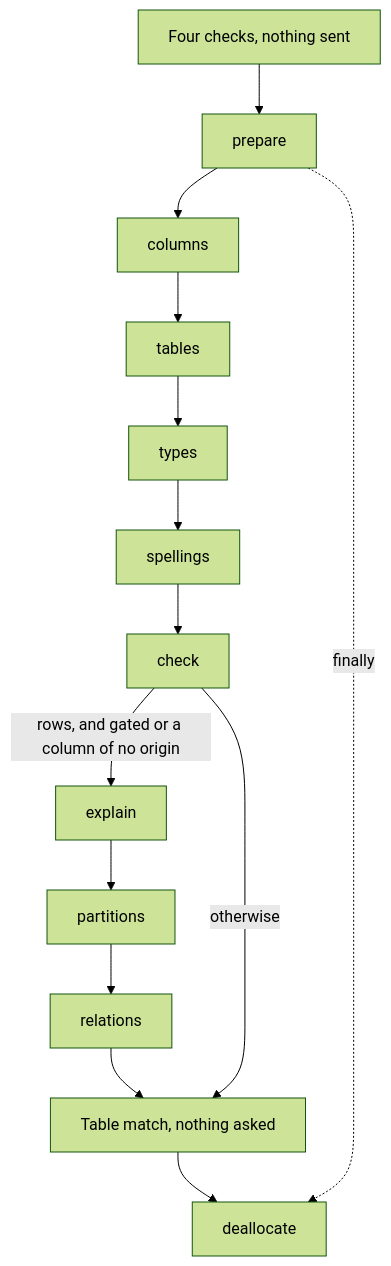
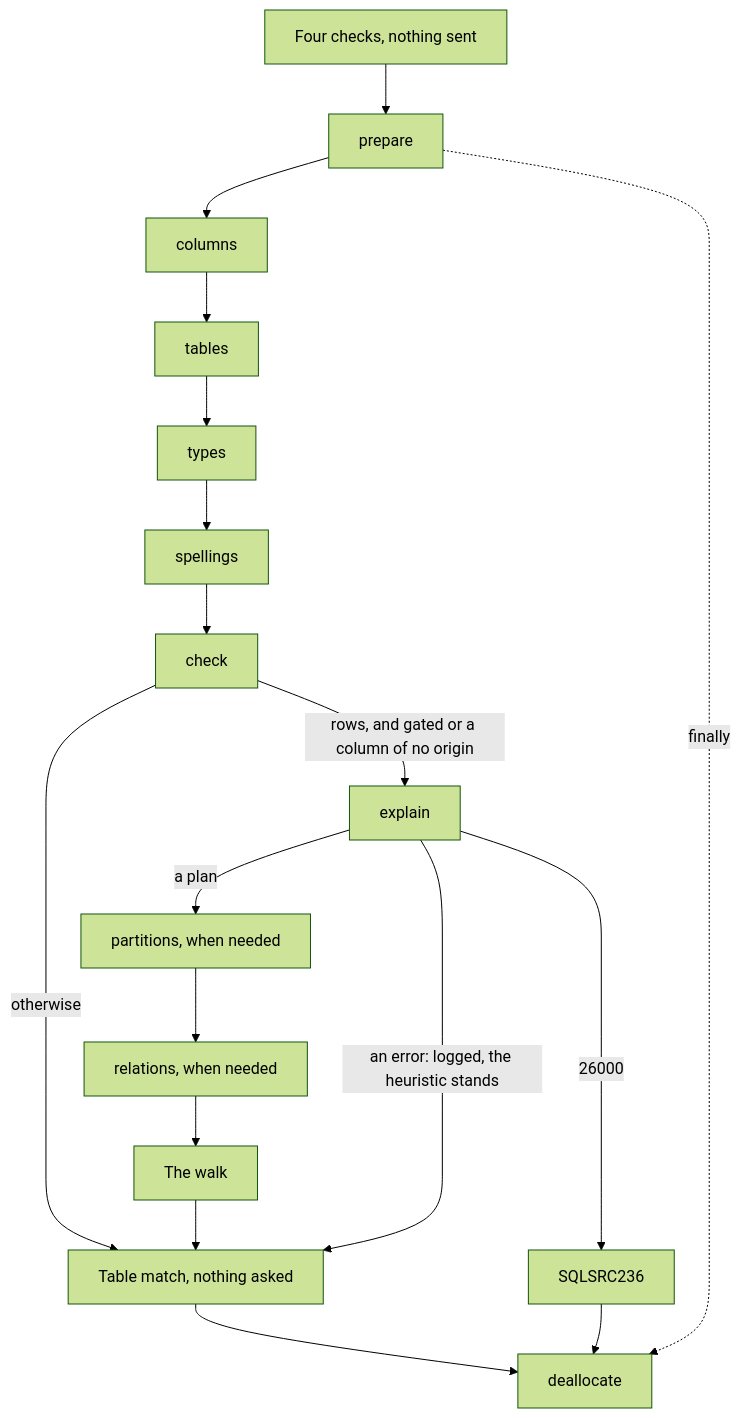
Before and after one commit to mbcrawfo/SqlSource: the diagram in docs/architecture/postgres-describer.md, drawn with Mermaid (forest theme). The commit also changed other lines of this file and 6 other files, not shown here.

````diff
--- a/docs/architecture/postgres-describer.md
+++ b/docs/architecture/postgres-describer.md
@@ -79,16 +79,20 @@
 ```mermaid
 flowchart TD
     checks["Four checks, nothing sent"] --> prepare
     prepare --> columns
     columns --> tables
     tables --> types
     types --> spellings
     spellings --> check
     check -->|"rows, and gated or a column of no origin"| explain
-    explain --> partitions
-    partitions --> relations
-    relations --> match["Table match, nothing asked"]
-    check -->|"otherwise"| match
+    check -->|"otherwise"| match["Table match, nothing asked"]
+    explain -->|"a plan"| partitions["partitions, when needed"]
+    partitions --> relations["relations, when needed"]
+    relations --> walk["The walk"]
+    walk --> match
+    explain -->|"an error: logged, the heuristic stands"| match
+    explain -->|"26000"| gone["SQLSRC236"]
     match --> deallocate
+    gone --> deallocate
     prepare -.->|"finally"| deallocate
 ```
````
